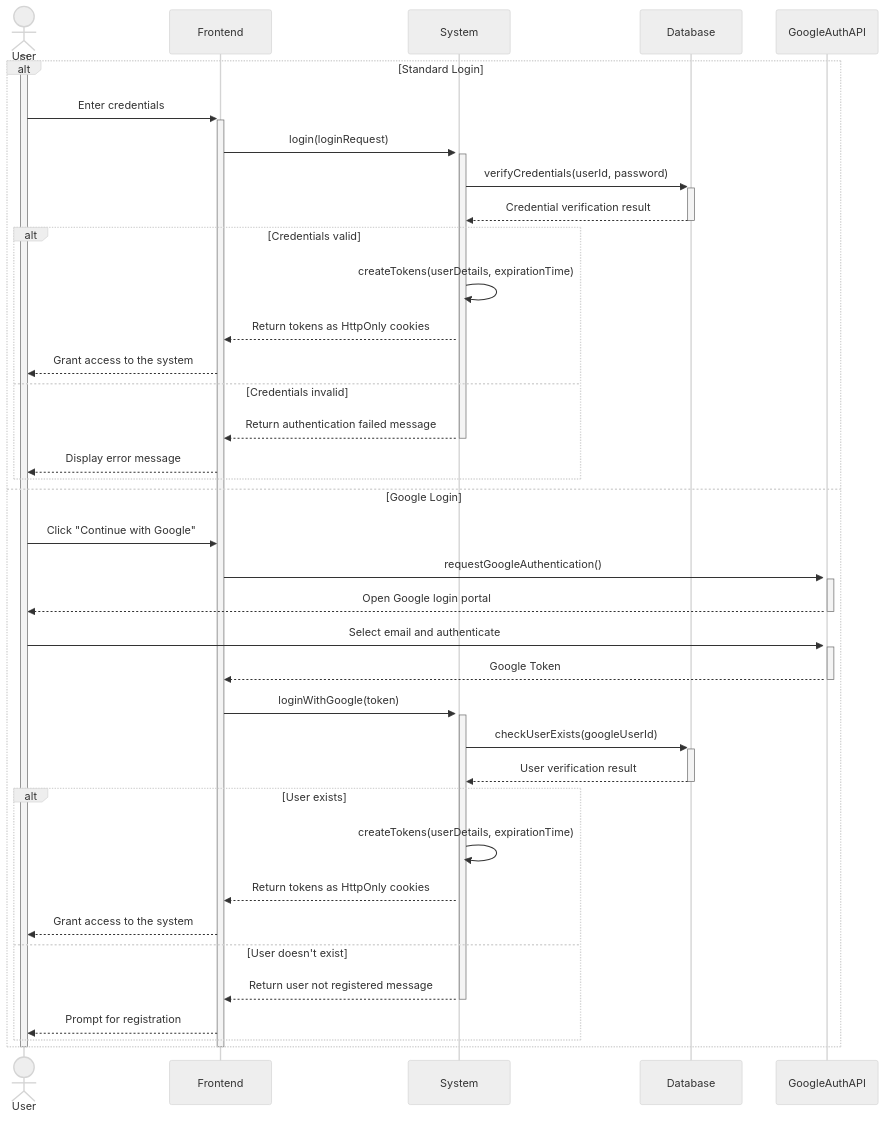
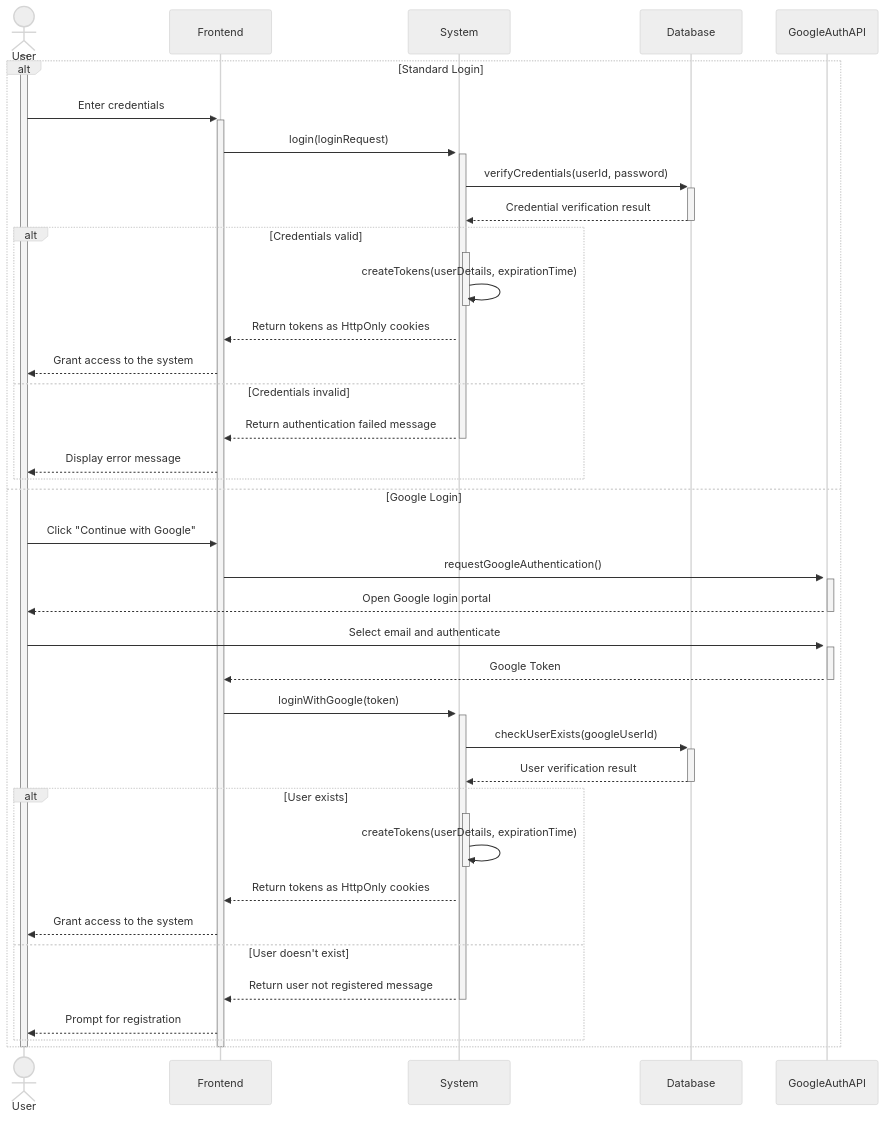
The diagram in login.mermaid (Shaar03/Diagrams), drawn with Mermaid (neutral theme) before and after one commit.

Commit message:
stacked activation boxes

```diff
--- a/login.mermaid
+++ b/login.mermaid
@@ -1,46 +1,50 @@
 sequenceDiagram
     actor User
     participant Frontend
     participant System
     participant Database
     participant GoogleAuthAPI
 
     activate User
     alt Standard Login
         User->>+Frontend: Enter credentials
         Frontend->>+System: login(loginRequest)
         activate System
         System->>+Database: verifyCredentials(userId, password)
         Database-->>-System: Credential verification result
         alt Credentials valid
+            activate System
             System->>System: createTokens(userDetails, expirationTime)
+            deactivate System
             System-->>Frontend: Return tokens as HttpOnly cookies
             Frontend-->>User: Grant access to the system
         else Credentials invalid
             System-->>Frontend: Return authentication failed message
             deactivate System
             Frontend-->>User: Display error message
         end
     else Google Login
         User->>Frontend: Click "Continue with Google"
         Frontend->>+GoogleAuthAPI: requestGoogleAuthentication()
         activate GoogleAuthAPI
         GoogleAuthAPI-->>User: Open Google login portal
         deactivate GoogleAuthAPI
         User->>+GoogleAuthAPI: Select email and authenticate
         GoogleAuthAPI-->>-Frontend: Google Token
         Frontend->>+System: loginWithGoogle(token)
         System->>+Database: checkUserExists(googleUserId)
         Database-->>-System: User verification result
         alt User exists
+            activate System
             System->>System: createTokens(userDetails, expirationTime)
+            deactivate System
             System-->>Frontend: Return tokens as HttpOnly cookies
             Frontend-->>User: Grant access to the system
         else User doesn't exist
             System-->>Frontend: Return user not registered message
             deactivate System
             Frontend-->>User: Prompt for registration
         end
     end
     deactivate Frontend
     deactivate User
```
